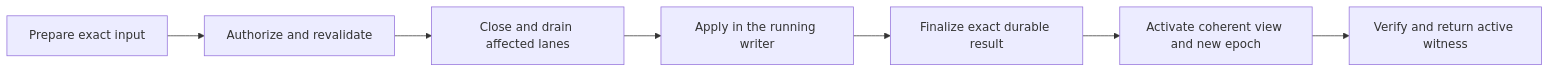
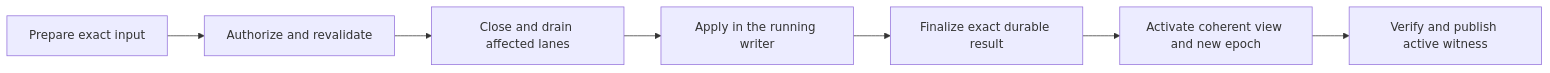
The diagram in docs/rfcs/0066-server-lifecycle-and-online-deployment.md (ModernRelay/omnigraph), drawn with Mermaid before and after one commit. The commit also changed other lines of this file and 2 other files, not shown here.

````diff
--- a/docs/rfcs/0066-server-lifecycle-and-online-deployment.md
+++ b/docs/rfcs/0066-server-lifecycle-and-online-deployment.md
@@ -220,9 +318,9 @@
 ```mermaid
 flowchart LR
     A[Prepare exact input] --> B[Authorize and revalidate]
     B --> C[Close and drain affected lanes]
     C --> D[Apply in the running writer]
     D --> E[Finalize exact durable result]
     E --> F[Activate coherent view and new epoch]
-    F --> G[Verify and return active witness]
+    F --> G[Verify and publish active witness]
 ```
````
